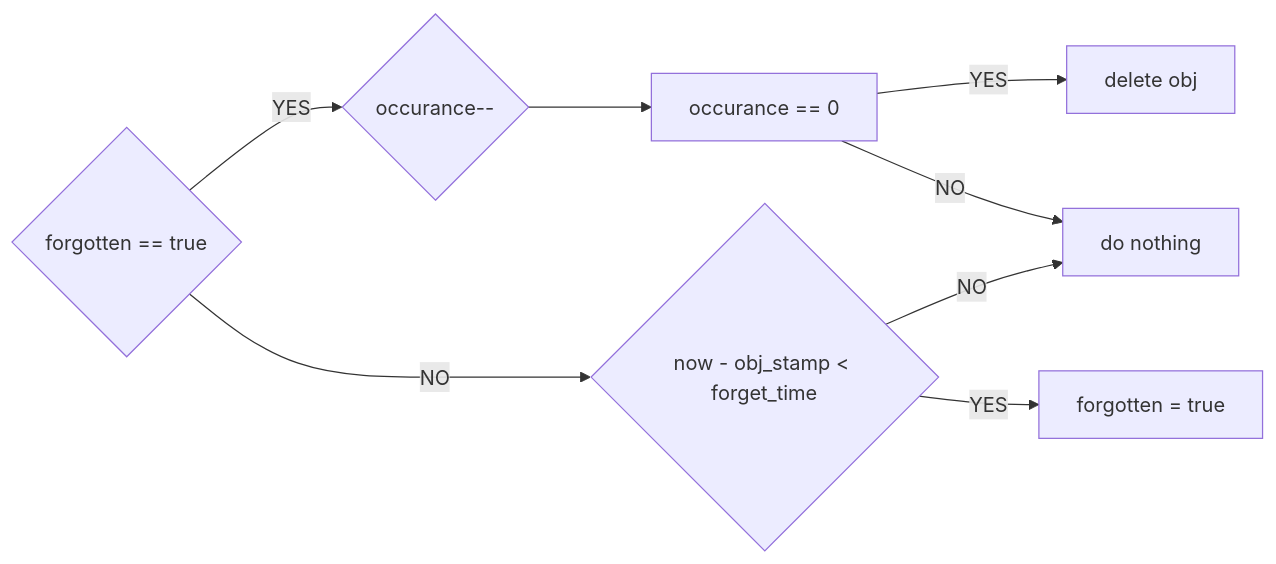
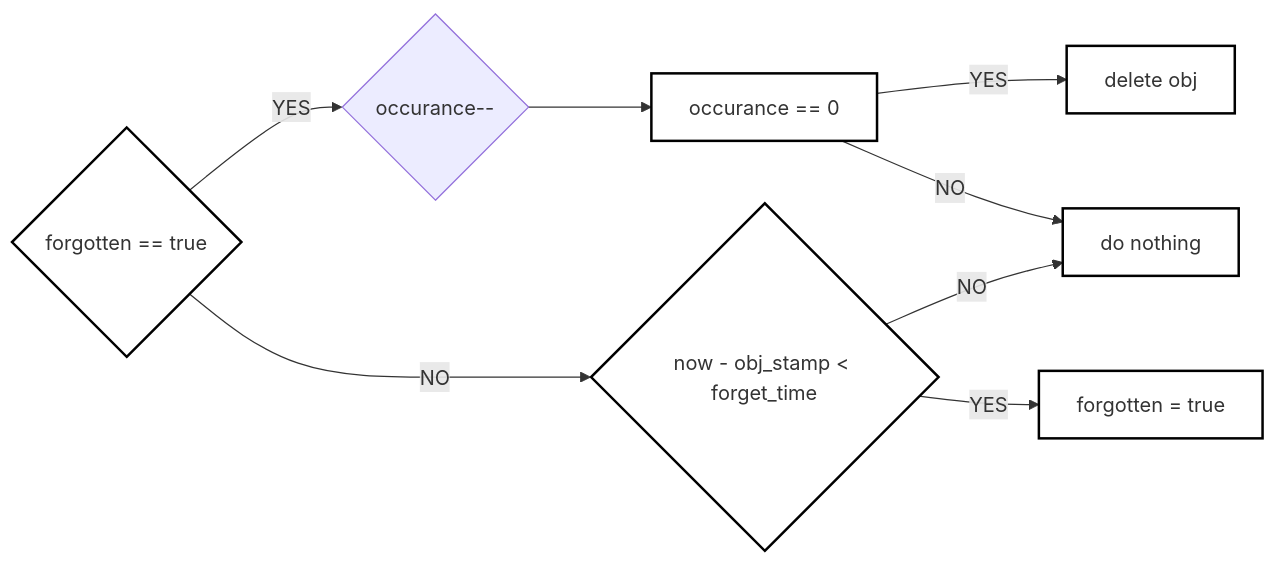
One commit to Extended-Object-Detection-ROS/object_spatial_tools_ros changed the second of 5 diagrams in README.md. Above: the diagram before and after it, drawn with Mermaid. The commit also changed other lines of this file, not shown here.

````diff
--- a/README.md
+++ b/README.md
@@ -29,10 +30,12 @@
 ```mermaid
 graph LR
+    classDef box fill:#FFFFFF, stroke:#000, stroke-width:2px;
+    
     A{forgotten == true}:::box -->|YES| B{occurance--}
     B --> C[occurance == 0]:::box
     C --> |YES|D[delete obj]:::box
     C --> |NO|E[do nothing]:::box
     A --> |NO|F{now - obj_stamp < forget_time}:::box
     F -->|NO|E:::box
     F -->|YES|I[forgotten = true]:::box
 ```
````
